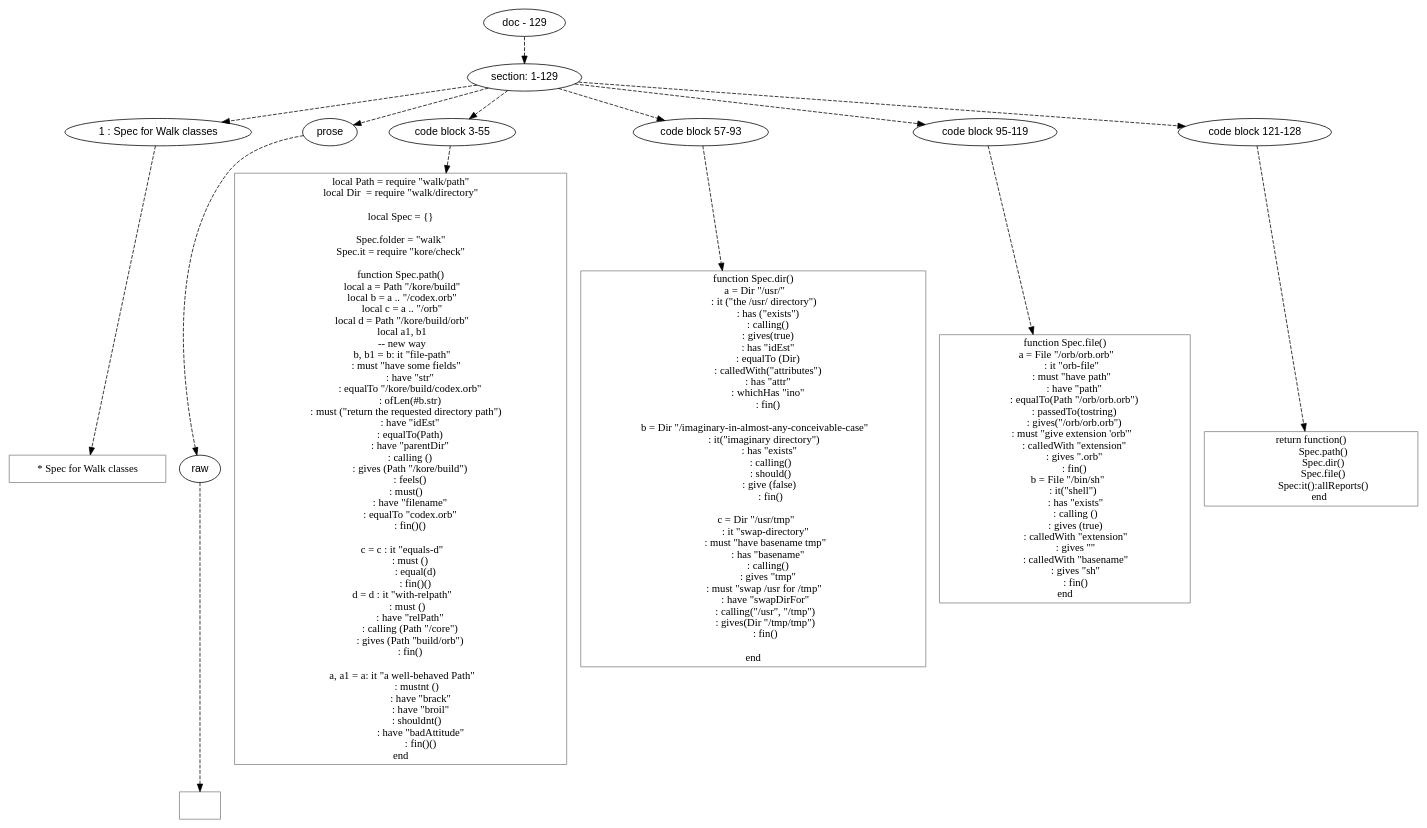
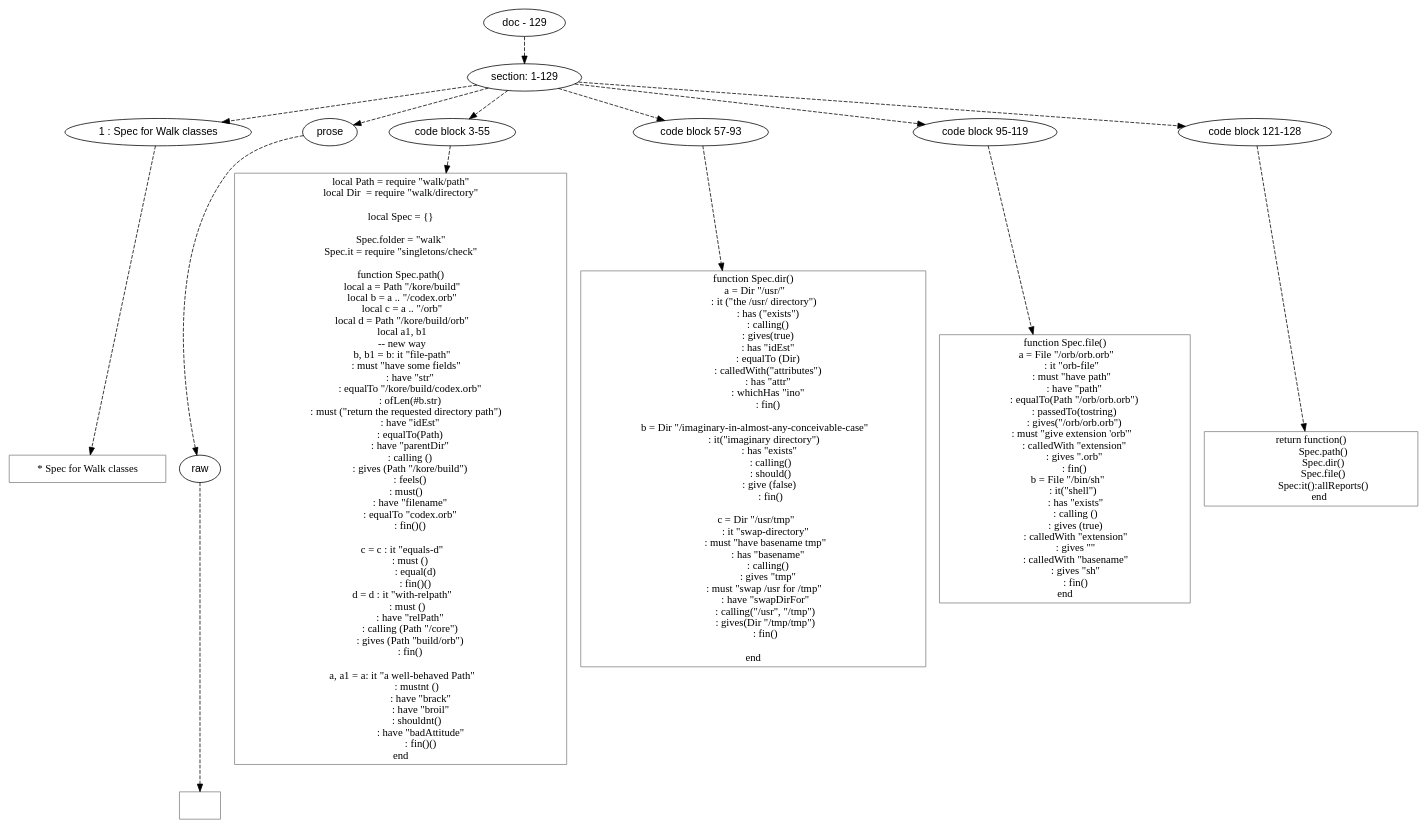
The diagram in doc/dot/spec/walk-spec.dot (mnemnion/orb), drawn with Graphviz before and after one commit. The commit also changed 34 other files, not shown here.

```diff
--- a/doc/dot/spec/walk-spec.dot
+++ b/doc/dot/spec/walk-spec.dot
@@ -1,180 +1,180 @@
 digraph lpegNode {
 
 node [fontname=Helvetica]
 edge [style=dashed]
 
 doc_0 [label="doc - 129"]
 
 
 doc_0 -> { section_1}
 {rank=same; section_1}
 
 section_1 [label="section: 1-129"]
 
 
 // END RANK doc_0
 
 section_1 -> { header_2 prose_3 codeblock_4 codeblock_5 codeblock_6 codeblock_7}
 {rank=same; header_2 prose_3 codeblock_4 codeblock_5 codeblock_6 codeblock_7}
 
 header_2 [label="1 : Spec for Walk classes"]
 
 prose_3 [label="prose"]
 
 codeblock_4 [label="code block 3-55"]
 
 codeblock_5 [label="code block 57-93"]
 
 codeblock_6 [label="code block 95-119"]
 
 codeblock_7 [label="code block 121-128"]
 
 
 // END RANK section_1
 
 header_2 -> leaf_8
 leaf_8  [color=Gray,shape=rectangle,fontname=Inconsolata,label="* Spec for Walk classes"]
 // END RANK header_2
 
 prose_3 -> { raw_9}
 {rank=same; raw_9}
 
 raw_9 [label="raw"]
 
 
 // END RANK prose_3
 
 raw_9 -> leaf_10
 leaf_10  [color=Gray,shape=rectangle,fontname=Inconsolata,label="
 "]
 // END RANK raw_9
 
 codeblock_4 -> leaf_11
 leaf_11  [color=Gray,shape=rectangle,fontname=Inconsolata,label="local Path = require \"walk/path\"
 local Dir  = require \"walk/directory\"
 
 local Spec = {}
 
 Spec.folder = \"walk\"
-Spec.it = require \"kore/check\"
+Spec.it = require \"singletons/check\"
 
 function Spec.path()
   local a = Path \"/kore/build\"
   local b = a .. \"/codex.orb\"
   local c = a .. \"/orb\"
   local d = Path \"/kore/build/orb\"
   local a1, b1
   -- new way
   b, b1 = b: it \"file-path\"
      : must \"have some fields\"
         : have \"str\"
         : equalTo \"/kore/build/codex.orb\"
         : ofLen(#b.str)
      : must (\"return the requested directory path\")
         : have \"idEst\"
         : equalTo(Path)
         : have \"parentDir\"
         : calling ()
         : gives (Path \"/kore/build\")
         : feels()
      : must()
         : have \"filename\"
         : equalTo \"codex.orb\"
         : fin()()
 
   c = c : it \"equals-d\"
         : must ()
             : equal(d)
             : fin()()
   d = d : it \"with-relpath\"
       : must ()
         : have \"relPath\"
         : calling (Path \"/core\")
         : gives (Path \"build/orb\")
         : fin()
 
   a, a1 = a: it \"a well-behaved Path\"
              : mustnt ()
                 : have \"brack\"
                 : have \"broil\"
              : shouldnt()
                 : have \"badAttitude\"
                 : fin()()
 end"]
 // END RANK codeblock_4
 
 codeblock_5 -> leaf_12
 leaf_12  [color=Gray,shape=rectangle,fontname=Inconsolata,label="function Spec.dir()
   a = Dir \"/usr/\"
          : it (\"the /usr/ directory\")
             : has (\"exists\")
             : calling()
             : gives(true)
             : has \"idEst\"
             : equalTo (Dir)
             : calledWith(\"attributes\")
             : has \"attr\"
             : whichHas \"ino\"
             : fin()
 
   b = Dir \"/imaginary-in-almost-any-conceivable-case\"
          : it(\"imaginary directory\")
              : has \"exists\"
               : calling()
               : should()
              : give (false)
               : fin()
 
    c = Dir \"/usr/tmp\"
           : it \"swap-directory\"
           : must \"have basename tmp\"
             : has \"basename\"
             : calling()
             : gives \"tmp\"
          : must \"swap /usr for /tmp\"
           : have \"swapDirFor\"
           : calling(\"/usr\", \"/tmp\")
           : gives(Dir \"/tmp/tmp\")
           : fin()
 
 end
 "]
 // END RANK codeblock_5
 
 codeblock_6 -> leaf_13
 leaf_13  [color=Gray,shape=rectangle,fontname=Inconsolata,label="function Spec.file()
   a = File \"/orb/orb.orb\"
       : it \"orb-file\"
       : must \"have path\"
         : have \"path\"
         : equalTo(Path \"/orb/orb.orb\")
         : passedTo(tostring)
         : gives(\"/orb/orb.orb\")
       : must \"give extension 'orb'\"
         : calledWith \"extension\"
         : gives \".orb\"
         : fin()
    b = File \"/bin/sh\"
        : it(\"shell\")
          : has \"exists\"
          : calling ()
          : gives (true)
          : calledWith \"extension\"
          : gives \"\"
          : calledWith \"basename\"
          : gives \"sh\"
          : fin()
 end"]
 // END RANK codeblock_6
 
 codeblock_7 -> leaf_14
 leaf_14  [color=Gray,shape=rectangle,fontname=Inconsolata,label="return function()
           Spec.path()
           Spec.dir()
           Spec.file()
           Spec:it():allReports()
        end"]
 // END RANK codeblock_7
 
 
 }
```
